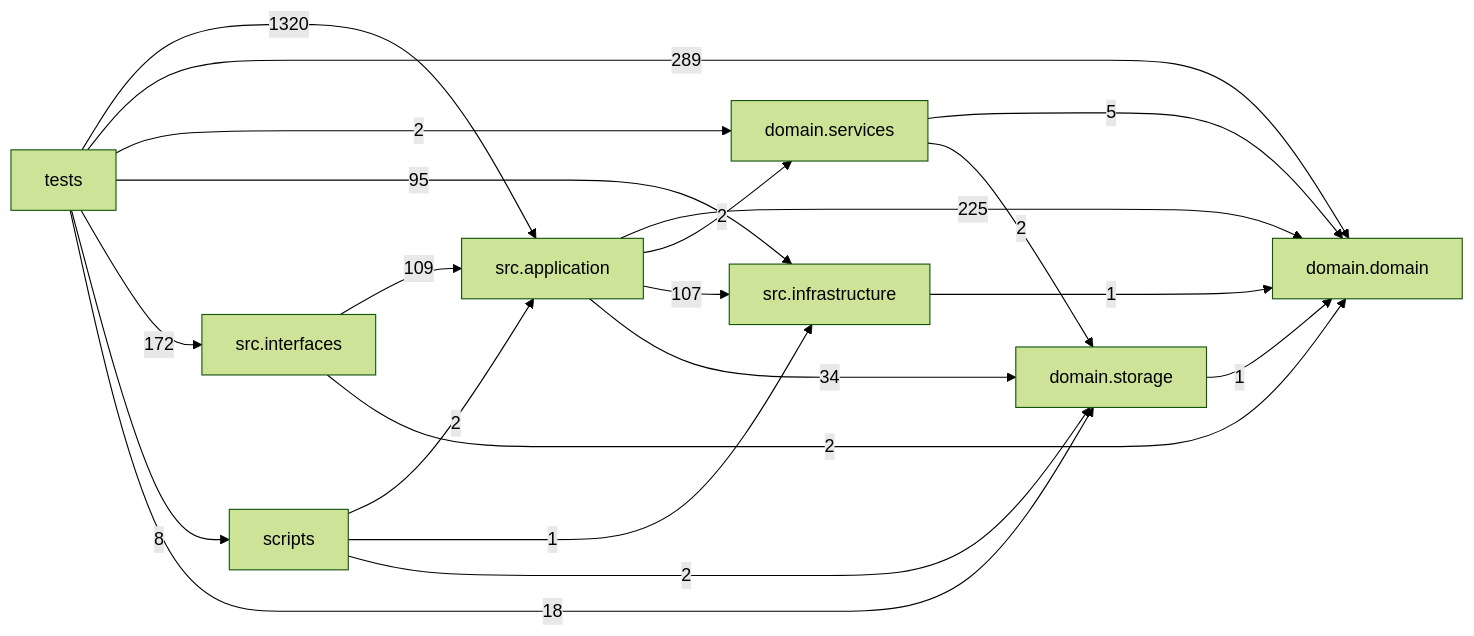
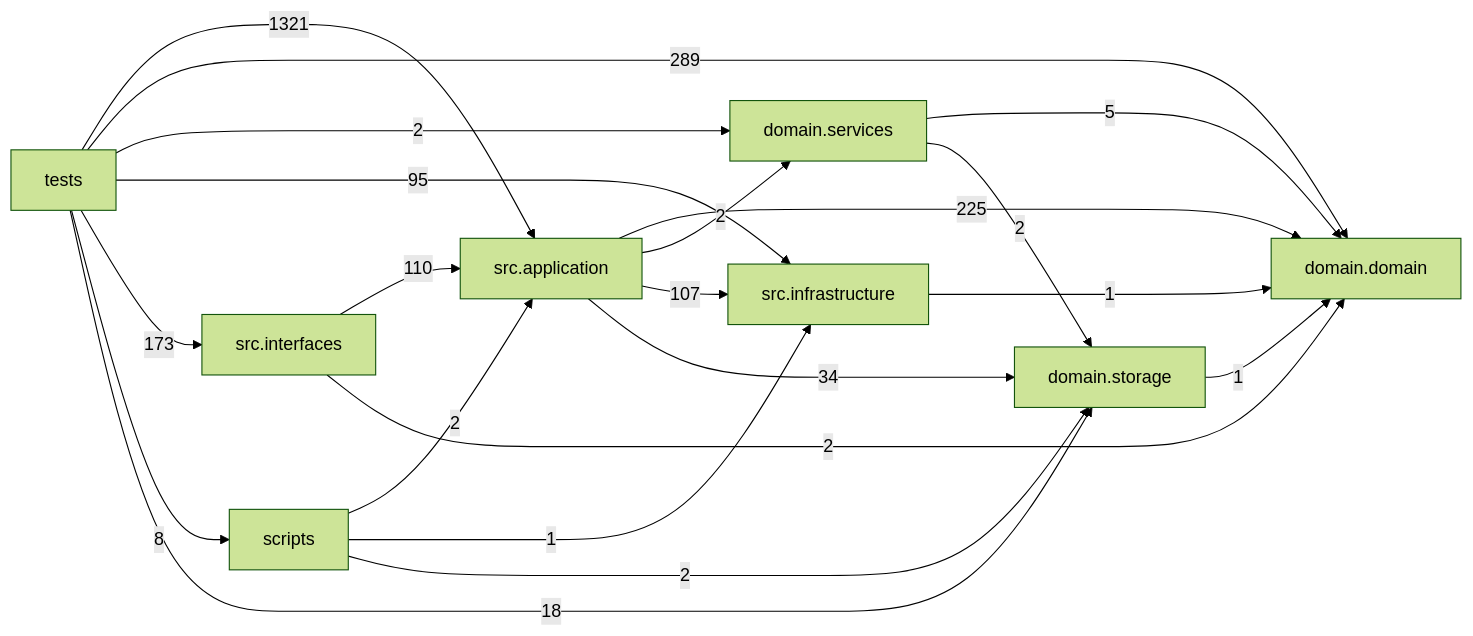
Before and after one commit to liuxie066/options-monitor: the diagram in docs/DEPENDENCY_GRAPH.md, drawn with Mermaid (forest theme). The commit also changed other lines of this file and 1 other file, not shown here.

Commit message:
chore: refresh dependency graph for 1.2.305

````diff
--- a/docs/DEPENDENCY_GRAPH.md
+++ b/docs/DEPENDENCY_GRAPH.md
@@ -24,31 +24,31 @@
 ```mermaid
 flowchart LR
   tests["tests"]
   scripts["scripts"]
   interfaces["src.interfaces"]
   application["src.application"]
   infrastructure["src.infrastructure"]
   domain_services["domain.services"]
   domain["domain.domain"]
   storage["domain.storage"]
   application -->|225| domain
   application -->|2| domain_services
   application -->|107| infrastructure
   application -->|34| storage
   domain_services -->|5| domain
   domain_services -->|2| storage
   infrastructure -->|1| domain
-  interfaces -->|109| application
+  interfaces -->|110| application
   interfaces -->|2| domain
   scripts -->|2| application
   scripts -->|1| infrastructure
   scripts -->|2| storage
   storage -->|1| domain
-  tests -->|1320| application
+  tests -->|1321| application
   tests -->|289| domain
   tests -->|2| domain_services
   tests -->|95| infrastructure
-  tests -->|172| interfaces
+  tests -->|173| interfaces
   tests -->|8| scripts
   tests -->|18| storage
 ```
````
